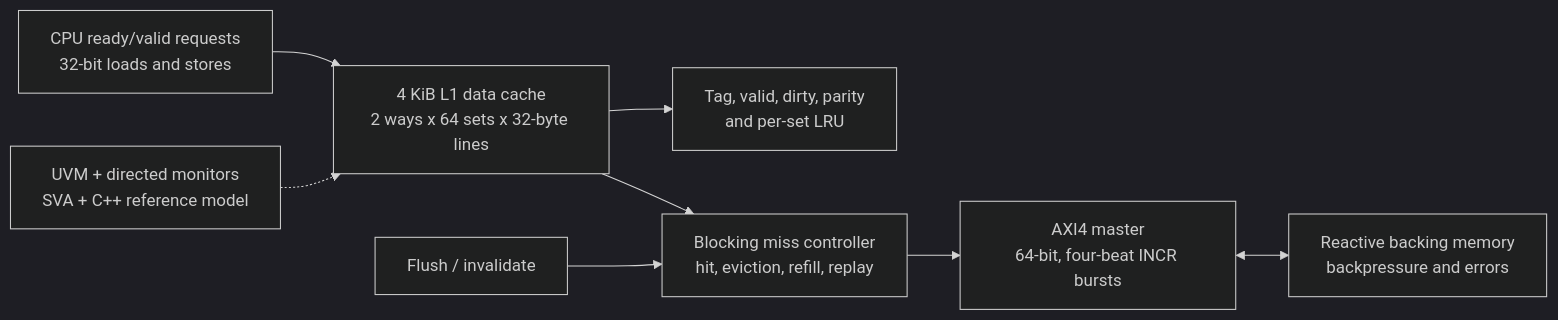
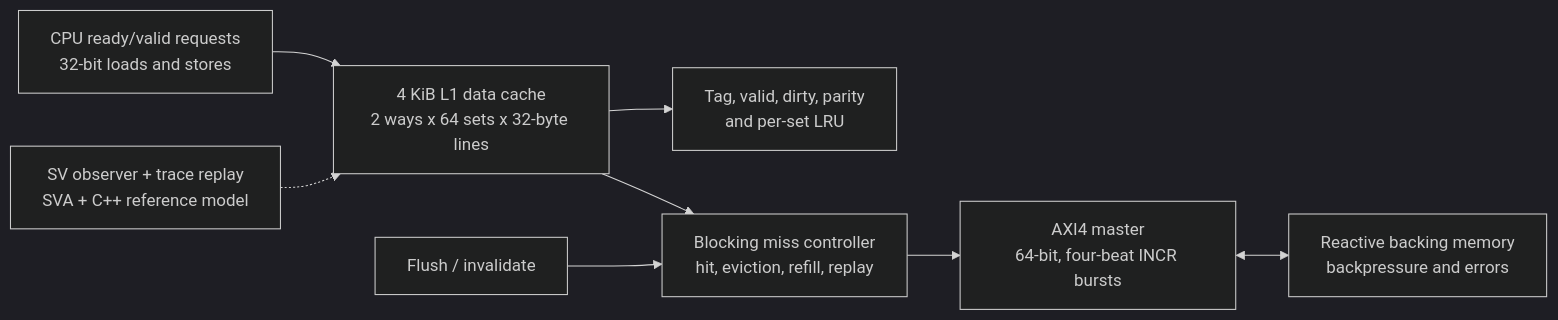
The diagram in README.md (ed766/AXI4-L1-Cache-DV), drawn with Mermaid (dark theme) before and after one commit. The commit also changed other lines of this file and 49 other files, not shown here.

Commit message:
Complete trace-driven cache verification release

````diff
--- a/README.md
+++ b/README.md
@@ -29,10 +30,10 @@
 ```mermaid
 flowchart LR
     CPU["CPU ready/valid requests\n32-bit loads and stores"] --> CACHE["4 KiB L1 data cache\n2 ways x 64 sets x 32-byte lines"]
     CACHE --> TAG["Tag, valid, dirty, parity\nand per-set LRU"]
     CACHE --> CTRL["Blocking miss controller\nhit, eviction, refill, replay"]
     CTRL --> AXI["AXI4 master\n64-bit, four-beat INCR bursts"]
     AXI <--> MEM["Reactive backing memory\nbackpressure and errors"]
     MAINT["Flush / invalidate"] --> CTRL
-    MON["UVM + directed monitors\nSVA + C++ reference model"] -.-> CACHE
+    MON["SV observer + trace replay\nSVA + C++ reference model"] -.-> CACHE
 ```
````
